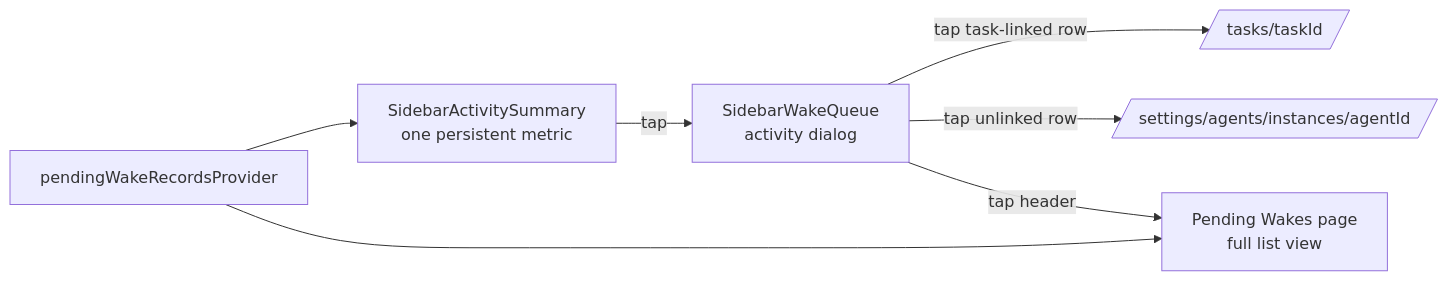
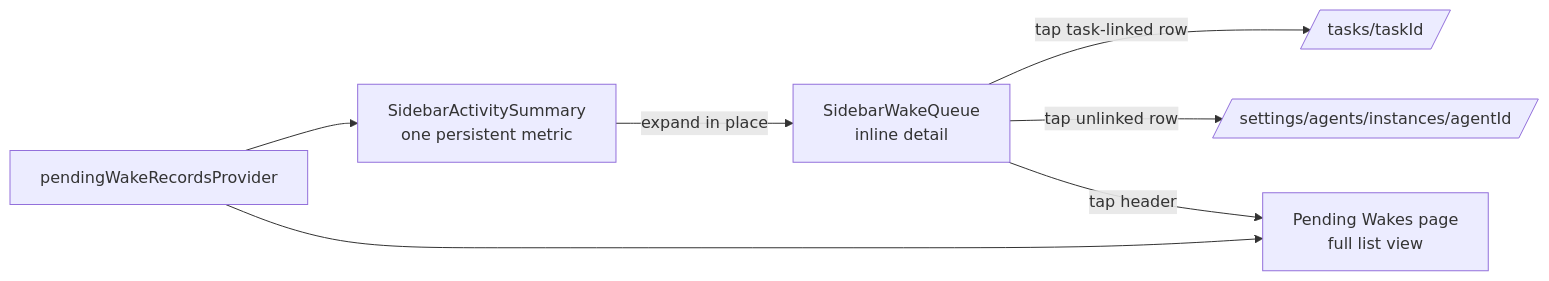
One commit to matthiasn/lotti changed the seventh of 23 diagrams in lib/features/agents/README.md. Above: the diagram before and after it, drawn with Mermaid. The commit also changed other lines of this file and 33 other files, not shown here.

````diff
--- a/lib/features/agents/README.md
+++ b/lib/features/agents/README.md
@@ -372,10 +373,10 @@
 ```mermaid
 flowchart LR
   Provider[pendingWakeRecordsProvider]
   Provider --> Summary[SidebarActivitySummary<br/>one persistent metric]
-  Summary -->|tap| WakeBlock[SidebarWakeQueue<br/>activity dialog]
+  Summary -->|expand in place| WakeBlock[SidebarWakeQueue<br/>inline detail]
   Provider --> WakesPage[Pending Wakes page<br/>full list view]
   WakeBlock -->|tap task-linked row| TaskRoute[/tasks/taskId/]
   WakeBlock -->|tap unlinked row| InstanceRoute[/settings/agents/instances/agentId/]
   WakeBlock -->|tap header| WakesPage
 ```
````
